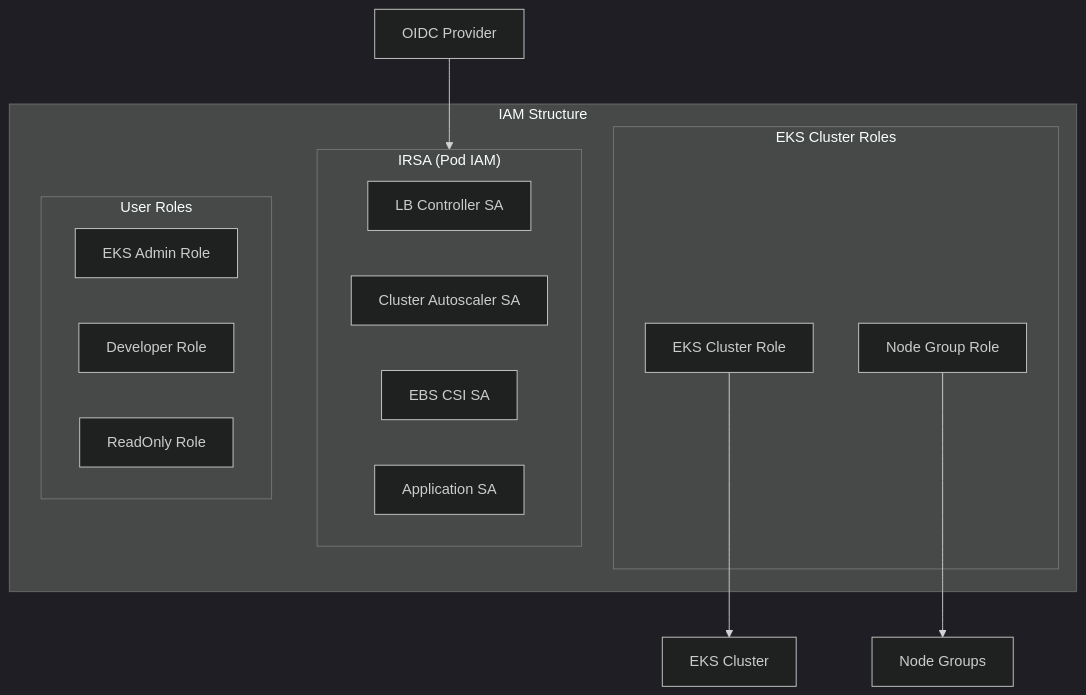
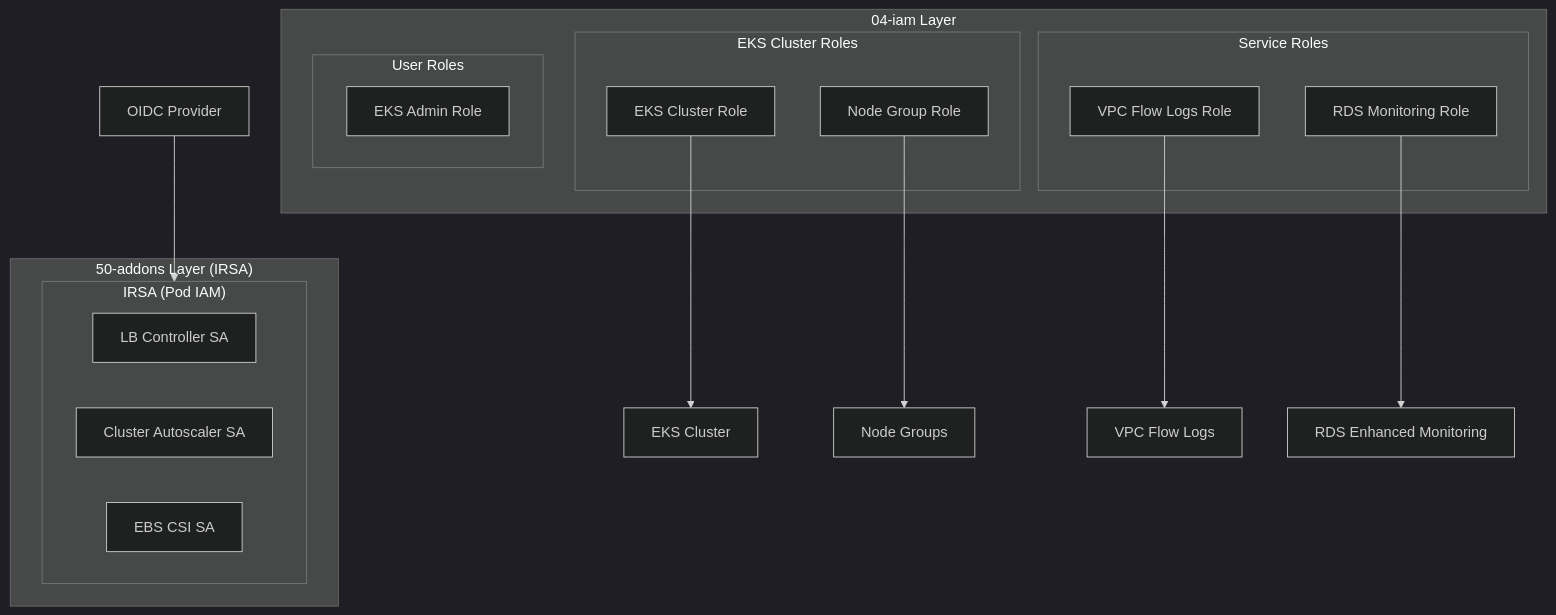
One commit to JSJ2337/AWS_EKS_terraform_code changed the seventh of 9 diagrams in docs/architecture.md. Above: the diagram before and after it, drawn with Mermaid (dark theme). The commit also changed other lines of this file and 3 other files, not shown here.

````diff
--- a/docs/architecture.md
+++ b/docs/architecture.md
@@ -287,26 +291,32 @@
 ```mermaid
 flowchart TB
-    subgraph IAM["IAM Structure"]
+    subgraph IAM_Layer["04-iam Layer"]
         subgraph ClusterRoles["EKS Cluster Roles"]
             CR[EKS Cluster Role]
             NR[Node Group Role]
         end
 
+        subgraph ServiceRoles["Service Roles"]
+            FL[VPC Flow Logs Role]
+            RDS_MON[RDS Monitoring Role]
+        end
+
+        subgraph UserRoles["User Roles"]
+            Admin[EKS Admin Role]
+        end
+    end
+
+    subgraph Addons_Layer["50-addons Layer (IRSA)"]
         subgraph IRSA["IRSA (Pod IAM)"]
             LBC_SA[LB Controller SA]
             CA_SA[Cluster Autoscaler SA]
             EBS_SA[EBS CSI SA]
-            APP_SA[Application SA]
-        end
-
-        subgraph UserRoles["User Roles"]
-            Admin[EKS Admin Role]
-            Dev[Developer Role]
-            RO[ReadOnly Role]
         end
     end
 
     OIDC[OIDC Provider] --> IRSA
     CR --> EKS[EKS Cluster]
     NR --> NG[Node Groups]
+    FL --> VPC[VPC Flow Logs]
+    RDS_MON --> RDS[RDS Enhanced Monitoring]
 ```
````
